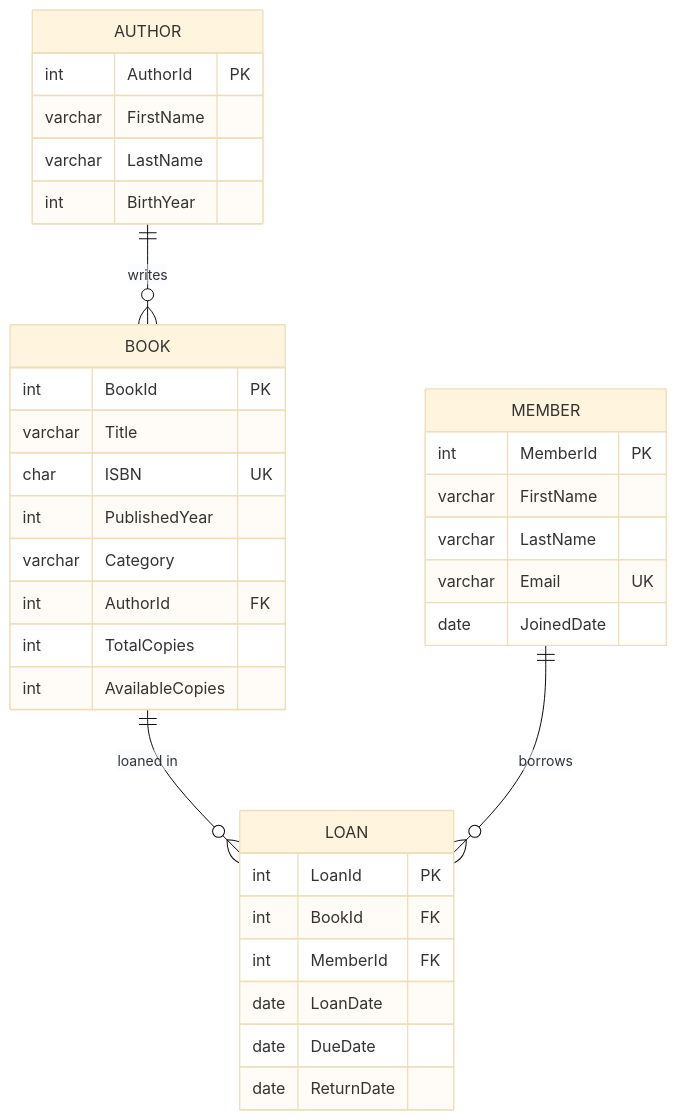
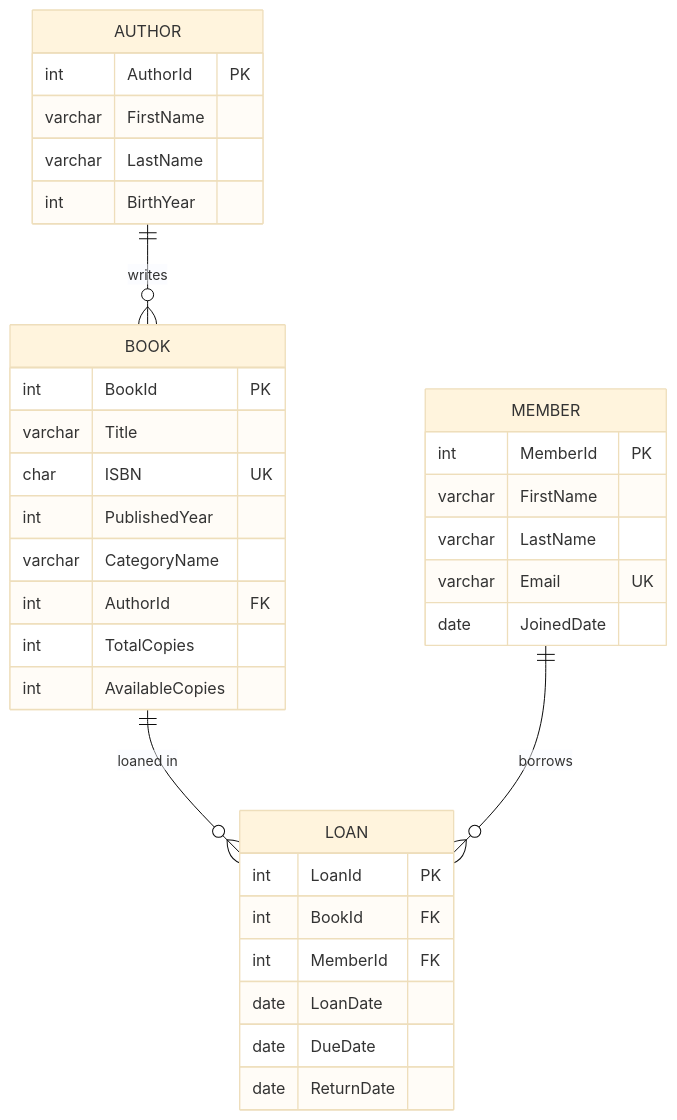
Before and after one commit to 2442-NET-FS-Test-Automation/trainer-code: the diagram in Demos/SQL/Reference/library-erd.md, drawn with Mermaid (base theme). The commit also changed 1 other file, not shown here.

Commit message:
added ddl+dml for normalization refactor

````diff
--- a/Demos/SQL/Reference/library-erd.md
+++ b/Demos/SQL/Reference/library-erd.md
@@ -5,38 +5,38 @@
 ```mermaid
 erDiagram
     AUTHOR ||--o{ BOOK : writes
     BOOK   ||--o{ LOAN : "loaned in"
     MEMBER ||--o{ LOAN : borrows
 
     AUTHOR {
         int      AuthorId PK
         varchar  FirstName
         varchar  LastName
         int      BirthYear
     }
     BOOK {
         int      BookId PK
         varchar  Title
         char     ISBN UK
         int      PublishedYear
-        varchar  Category
+        varchar  CategoryName
         int      AuthorId FK
         int      TotalCopies
         int      AvailableCopies
     }
     MEMBER {
         int      MemberId PK
         varchar  FirstName
         varchar  LastName
         varchar  Email UK
         date     JoinedDate
     }
     LOAN {
         int      LoanId PK
         int      BookId FK
         int      MemberId FK
         date     LoanDate
         date     DueDate
         date     ReturnDate
     }
 ```
````
